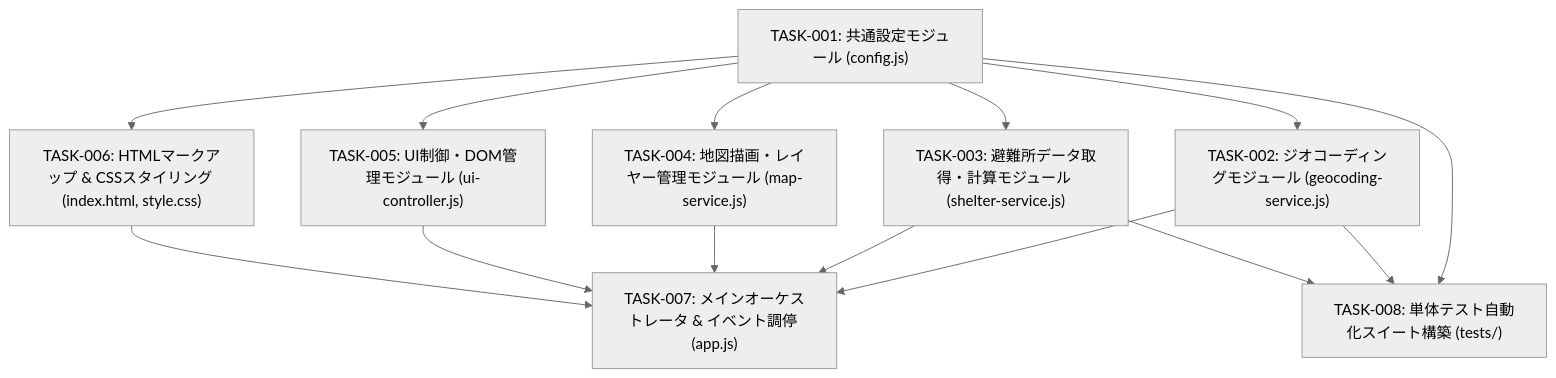
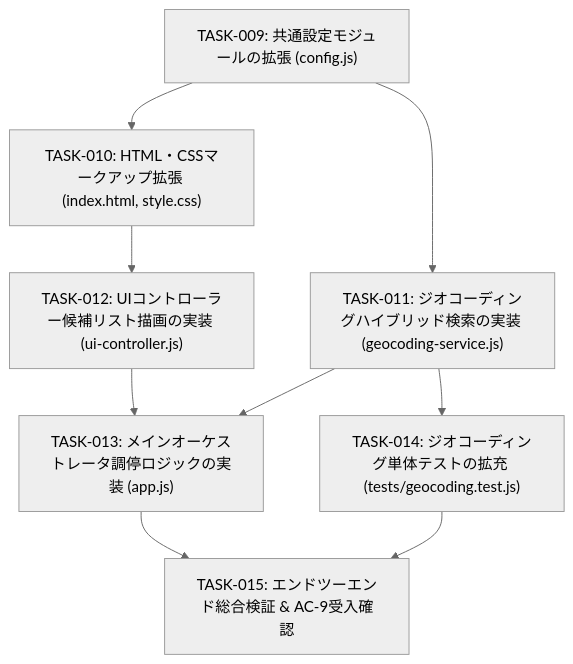
One commit to nankojin-ops/HazardMap-app changed the diagram in docs/implementation-plan.md. Above: the diagram before and after it, drawn with Mermaid (neutral theme). The commit also changed other lines of this file and 12 other files, not shown here.

````diff
--- a/docs/implementation-plan.md
+++ b/docs/implementation-plan.md
@@ -553,19 +321,17 @@
 ```mermaid
 flowchart TD
-    TASK001["TASK-001: 共通設定モジュール (config.js)"]
-    TASK002["TASK-002: ジオコーディングモジュール (geocoding-service.js)"]
-    TASK003["TASK-003: 避難所データ取得・計算モジュール (shelter-service.js)"]
-    TASK004["TASK-004: 地図描画・レイヤー管理モジュール (map-service.js)"]
-    TASK005["TASK-005: UI制御・DOM管理モジュール (ui-controller.js)"]
-    TASK006["TASK-006: HTMLマークアップ & CSSスタイリング (index.html, style.css)"]
-    TASK007["TASK-007: メインオーケストレータ & イベント調停 (app.js)"]
-    TASK008["TASK-008: 単体テスト自動化スイート構築 (tests/)"]
+    TASK009["TASK-009: 共通設定モジュールの拡張 (config.js)"]
+    TASK010["TASK-010: HTML・CSSマークアップ拡張 (index.html, style.css)"]
+    TASK011["TASK-011: ジオコーディングハイブリッド検索の実装 (geocoding-service.js)"]
+    TASK012["TASK-012: UIコントローラー候補リスト描画の実装 (ui-controller.js)"]
+    TASK013["TASK-013: メインオーケストレータ調停ロジックの実装 (app.js)"]
+    TASK014["TASK-014: ジオコーディング単体テストの拡充 (tests/geocoding.test.js)"]
+    TASK015["TASK-015: エンドツーエンド総合検証 & AC-9受入確認"]
 
-    TASK001 --> TASK002
-    TASK001 --> TASK003
-    TASK001 --> TASK004
-    TASK001 --> TASK005
-    TASK001 --> TASK006
-    TASK002 & TASK003 & TASK004 & TASK005 & TASK006 --> TASK007
-    TASK001 & TASK002 & TASK003 --> TASK008
+    TASK009 --> TASK010
+    TASK009 --> TASK011
+    TASK010 --> TASK012
+    TASK011 & TASK012 --> TASK013
+    TASK011 --> TASK014
+    TASK013 & TASK014 --> TASK015
 ```
````
